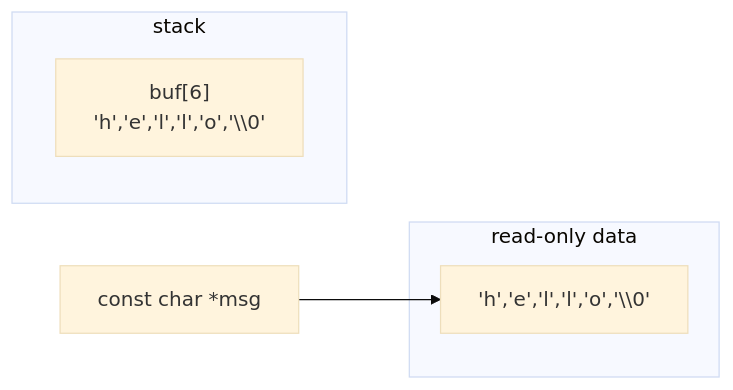
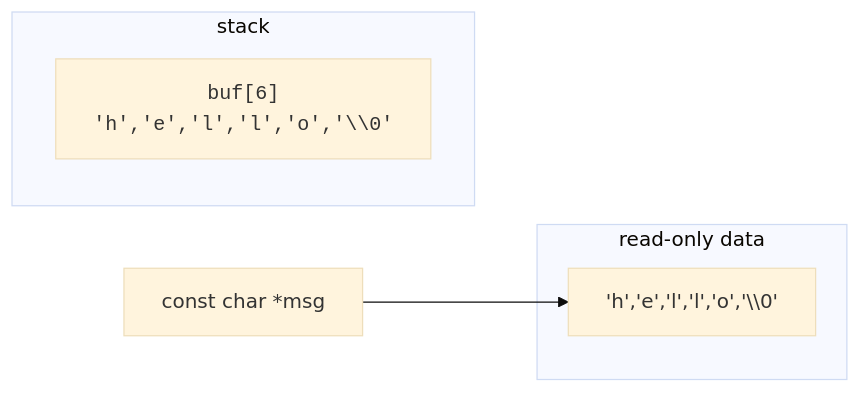
The diagram in content/learn/c-programming-for-beginners/strings.mdx (dataslope/dataslope), drawn with Mermaid (base theme) before and after one commit. The commit also changed 100 other files, not shown here.

First line of the commit message:
Wrap more code in diagram labels: filenames, hex, assignments, subgraph titles

````diff
--- a/content/learn/c-programming-for-beginners/strings.mdx
+++ b/content/learn/c-programming-for-beginners/strings.mdx
@@ -206,10 +206,10 @@
 ```mermaid
 flowchart LR
     subgraph stack
-      A["buf[6]<br/>'h','e','l','l','o','\\0'"]
+      A["<code>buf[6]<br/>'h','e','l','l','o','\\0'</code>"]
     end
     subgraph "read-only data"
       L["'h','e','l','l','o','\\0'"]
     end
     P["const char *msg"] --> L
 ```
````
